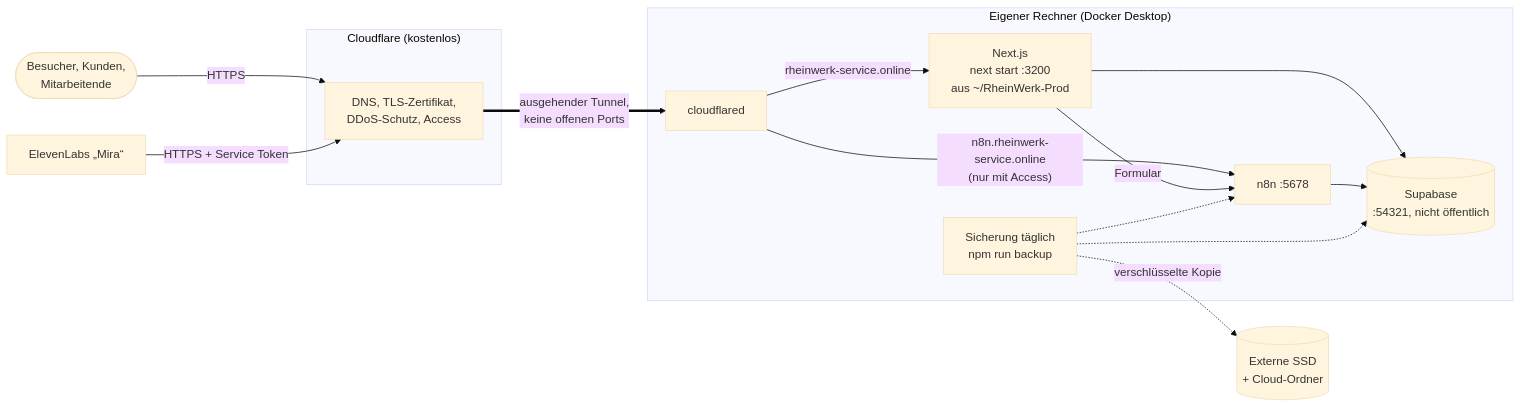
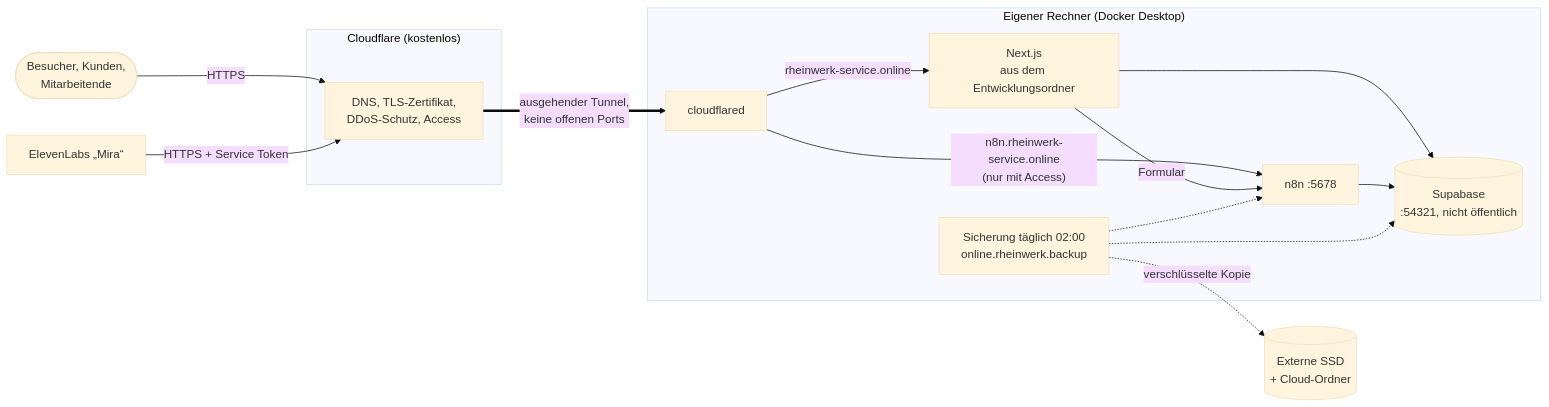
The diagram in docs/betrieb.md (FuzzCube/RhenWerk-WebSite), drawn with Mermaid (base theme) before and after one commit. The commit also changed other lines of this file and 34 other files, not shown here.

Commit message:
refactor: Produktionskopie entfernt, Betrieb aus dem Entwicklungsordner; nächtliche Sicherung (online.rheinwerk.backup) und Wächter (online.rheinwerk.watchdog) unter scripts/ops mit npm run ops:install; Doku und Workshop-Stand nach task-17-17 (Roadmap v21)

````diff
--- a/docs/betrieb.md
+++ b/docs/betrieb.md
@@ -21,23 +21,23 @@
 ```mermaid
 flowchart LR
   Besucher(["Besucher, Kunden,<br/>Mitarbeitende"]) -->|HTTPS| CF
   Eleven["ElevenLabs „Mira“"] -->|"HTTPS + Service Token"| CF
   subgraph Cloudflare["Cloudflare (kostenlos)"]
     CF["DNS, TLS-Zertifikat,<br/>DDoS-Schutz, Access"]
   end
   CF ==>|"ausgehender Tunnel,<br/>keine offenen Ports"| Tunnel
   subgraph Mac["Eigener Rechner (Docker Desktop)"]
     Tunnel["cloudflared"]
-    App["Next.js<br/>next start :3200<br/>aus ~/RheinWerk-Prod"]
+    App["Next.js<br/>aus dem Entwicklungsordner"]
     N8N["n8n :5678"]
     SB[("Supabase<br/>:54321, nicht öffentlich")]
-    Backup["Sicherung täglich<br/>npm run backup"]
+    Backup["Sicherung täglich 02:00<br/>online.rheinwerk.backup"]
     Tunnel -->|"rheinwerk-service.online"| App
     Tunnel -->|"n8n.rheinwerk-service.online<br/>(nur mit Access)"| N8N
     App --> SB
     N8N --> SB
     App -->|Formular| N8N
     Backup -.-> SB & N8N
   end
   Backup -.verschlüsselte Kopie.-> Extern[("Externe SSD<br/>+ Cloud-Ordner")]
 ```
````
